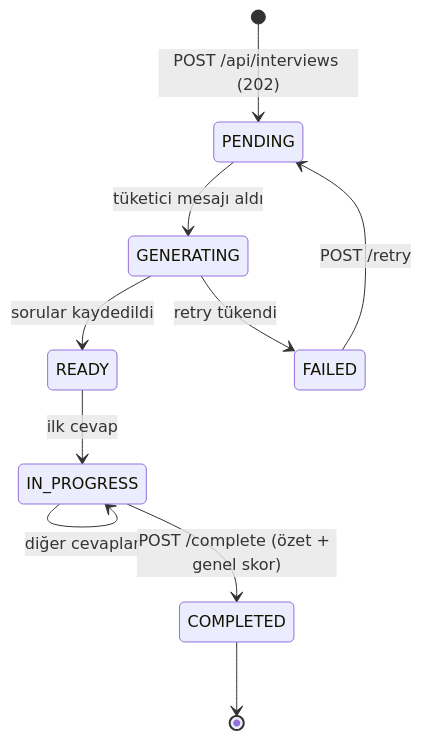
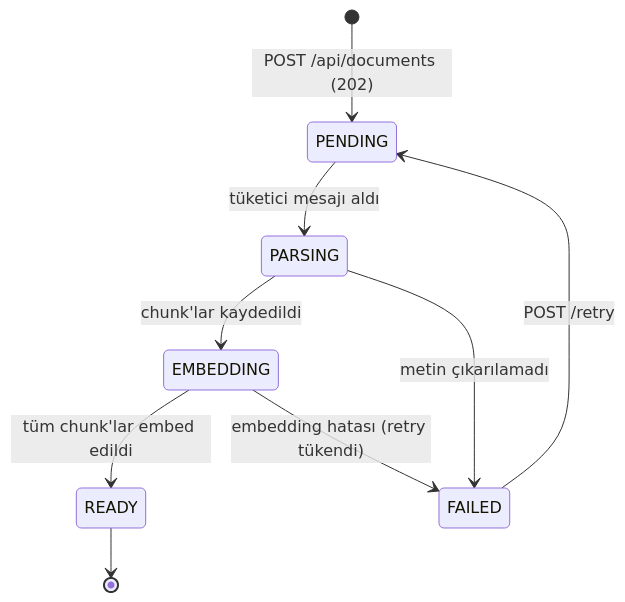
The fifth of 5 diagrams in docs/02-mimari.md (OzlemBalikci/DocuMind), drawn with Mermaid before and after one commit. The commit also changed other lines of this file and 7 other files, not shown here.

````diff
--- a/docs/02-mimari.md
+++ b/docs/02-mimari.md
@@ -267,12 +262,11 @@
 ```mermaid
 stateDiagram-v2
-    [*] --> PENDING: POST /api/interviews (202)
-    PENDING --> GENERATING: tüketici mesajı aldı
-    GENERATING --> READY: sorular kaydedildi
-    GENERATING --> FAILED: retry tükendi
+    [*] --> PENDING: POST /api/documents (202)
+    PENDING --> PARSING: tüketici mesajı aldı
+    PARSING --> EMBEDDING: chunk'lar kaydedildi
+    PARSING --> FAILED: metin çıkarılamadı
+    EMBEDDING --> READY: tüm chunk'lar embed edildi
+    EMBEDDING --> FAILED: embedding hatası (retry tükendi)
     FAILED --> PENDING: POST /retry
-    READY --> IN_PROGRESS: ilk cevap
-    IN_PROGRESS --> IN_PROGRESS: diğer cevaplar
-    IN_PROGRESS --> COMPLETED: POST /complete (özet + genel skor)
-    COMPLETED --> [*]
+    READY --> [*]
 ```
````
